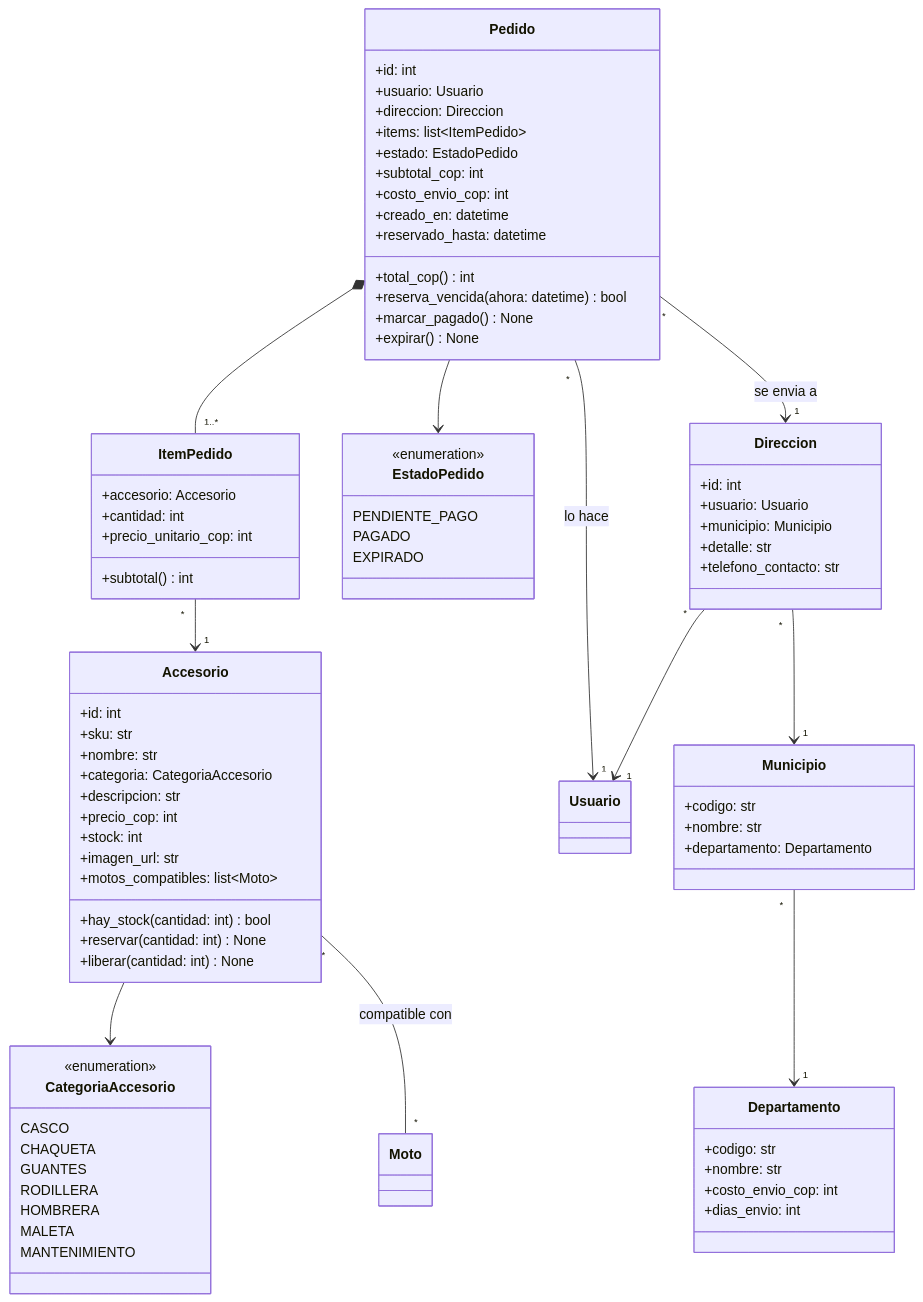
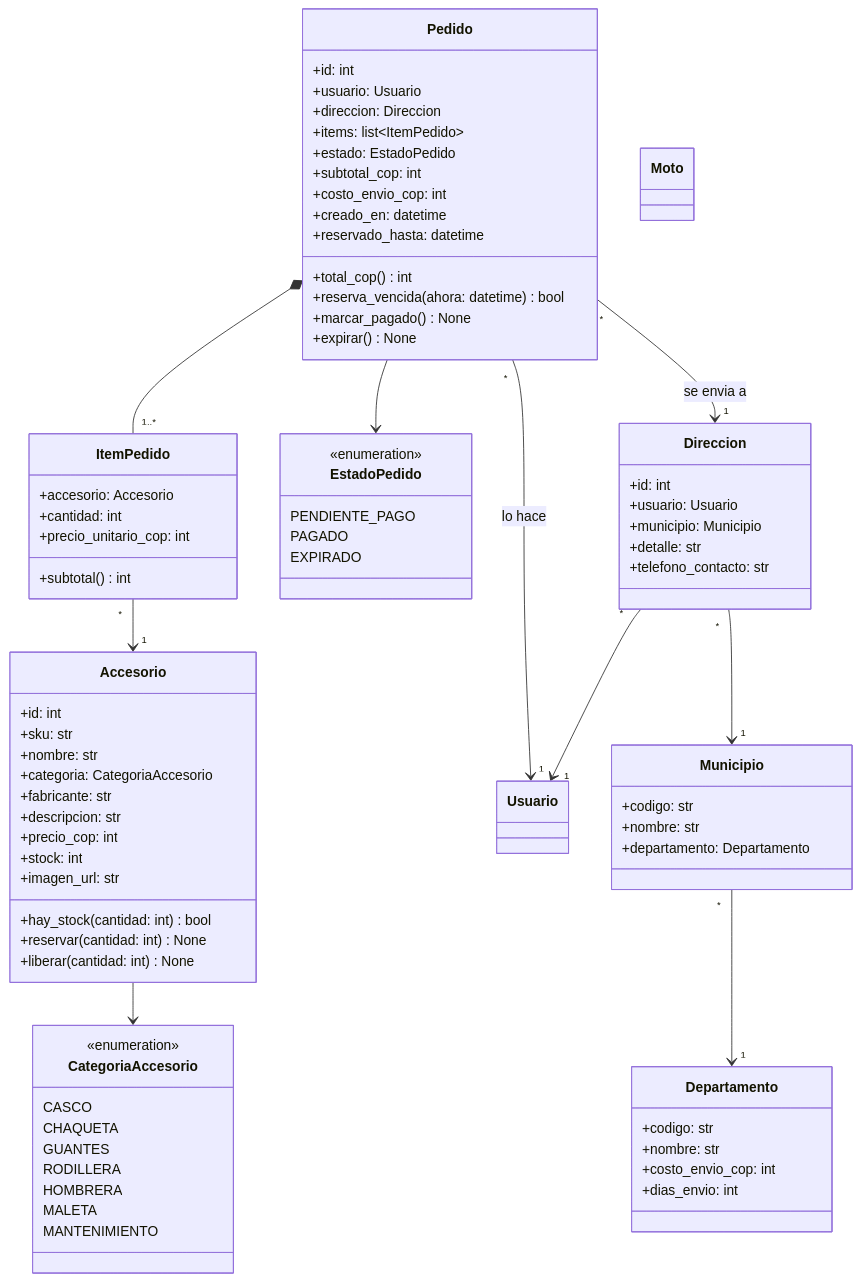
The fourth of 9 diagrams in docs/uml/diagrama-clases.md (Andresg9805/concesionario-motos), drawn with Mermaid before and after one commit. The commit also changed other lines of this file and 58 other files, not shown here.

```diff
--- a/docs/uml/diagrama-clases.md
+++ b/docs/uml/diagrama-clases.md
@@ -289,11 +289,11 @@
         +sku: str
         +nombre: str
         +categoria: CategoriaAccesorio
+        +fabricante: str
         +descripcion: str
         +precio_cop: int
         +stock: int
         +imagen_url: str
-        +motos_compatibles: list~Moto~
         +hay_stock(cantidad: int) bool
         +reservar(cantidad: int) None
         +liberar(cantidad: int) None
@@ -365,7 +365,6 @@
     class Usuario
 
     Accesorio --> CategoriaAccesorio
-    Accesorio "*" -- "*" Moto : compatible con
     Pedido *-- "1..*" ItemPedido
     ItemPedido "*" --> "1" Accesorio
     Pedido --> EstadoPedido
```
